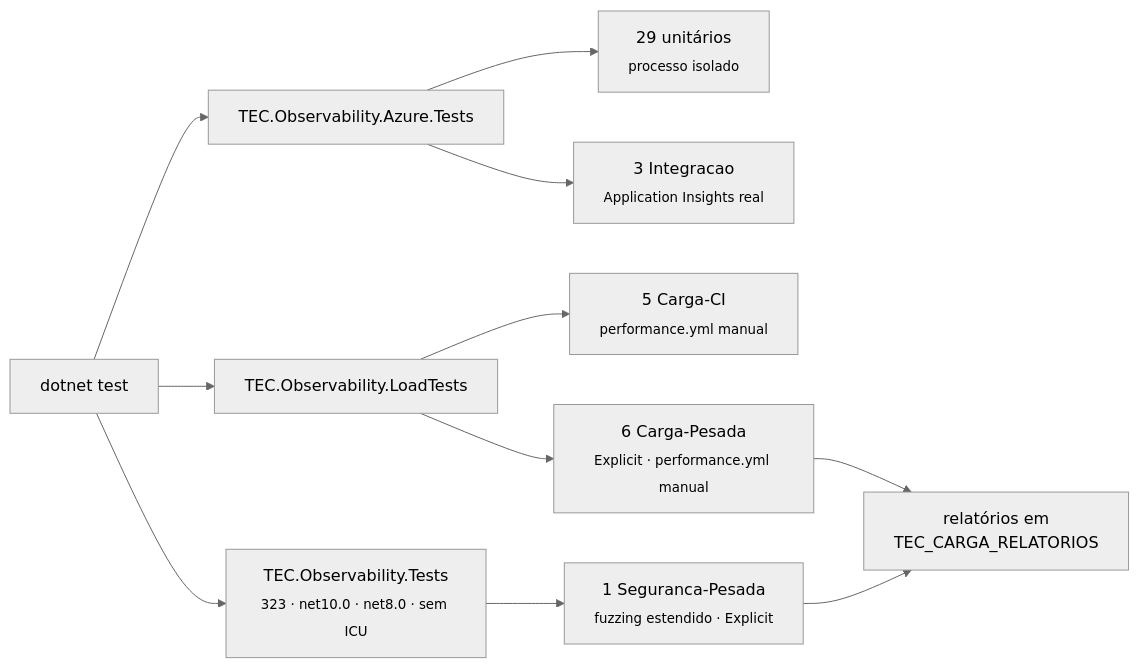
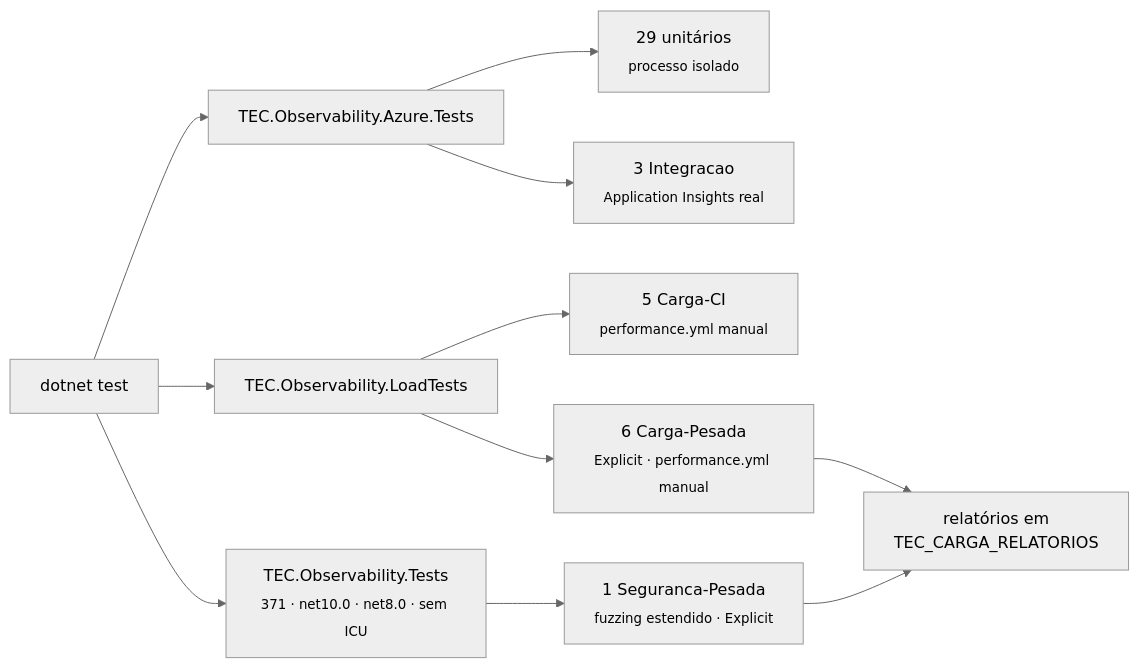
The first of 2 diagrams in docs/testes.md (tudoemcodigo/lib-tec-observability), drawn with Mermaid (neutral theme) before and after one commit. The commit also changed other lines of this file and 23 other files, not shown here.

````diff
--- a/docs/testes.md
+++ b/docs/testes.md
@@ -28,12 +28,12 @@
 ```mermaid
 flowchart LR
-    T["dotnet test"] --> U["TEC.Observability.Tests<br/><sub>323 · net10.0 · net8.0 · sem ICU</sub>"]
+    T["dotnet test"] --> U["TEC.Observability.Tests<br/><sub>371 · net10.0 · net8.0 · sem ICU</sub>"]
     T --> AZ["TEC.Observability.Azure.Tests"]
     T --> L["TEC.Observability.LoadTests"]
     AZ --> AU["29 unitários<br/><sub>processo isolado</sub>"]
     AZ --> AI["3 Integracao<br/><sub>Application Insights real</sub>"]
     L --> CI["5 Carga-CI<br/><sub>performance.yml manual</sub>"]
     L --> HV["6 Carga-Pesada<br/><sub>Explicit · performance.yml manual</sub>"]
     U --> SP["1 Seguranca-Pesada<br/><sub>fuzzing estendido · Explicit</sub>"]
     HV & SP --> R["relatórios em<br/>TEC_CARGA_RELATORIOS"]
 ```
````
